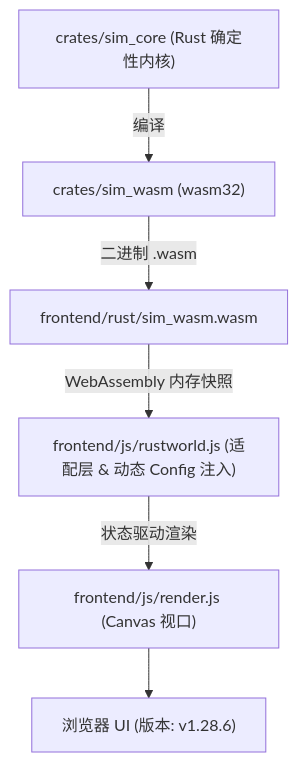
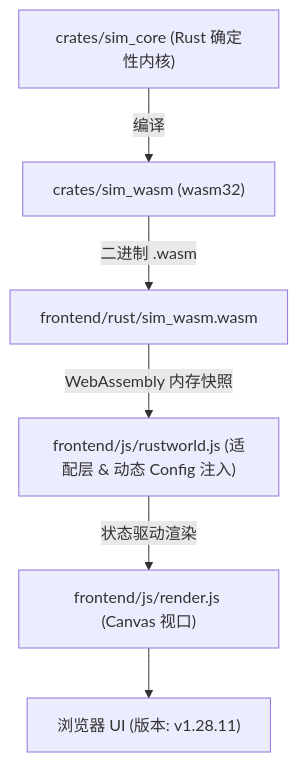
Before and after one commit to g39088902/FlowAndAccord: the diagram in AGENTS.md, drawn with Mermaid. The commit also changed other lines of this file and 12 other files, not shown here.

````diff
--- a/AGENTS.md
+++ b/AGENTS.md
@@ -51,8 +51,8 @@
 ```mermaid
 graph TD
     A["crates/sim_core (Rust 确定性内核)"] -->|编译| B["crates/sim_wasm (wasm32)"]
     B -->|二进制 .wasm| C["frontend/rust/sim_wasm.wasm"]
     C -->|WebAssembly 内存快照| D["frontend/js/rustworld.js (适配层 & 动态 Config 注入)"]
     D -->|状态驱动渲染| E["frontend/js/render.js (Canvas 视口)"]
-    E --> F["浏览器 UI (版本: v1.28.6)"]
+    E --> F["浏览器 UI (版本: v1.28.11)"]
 ```
````
